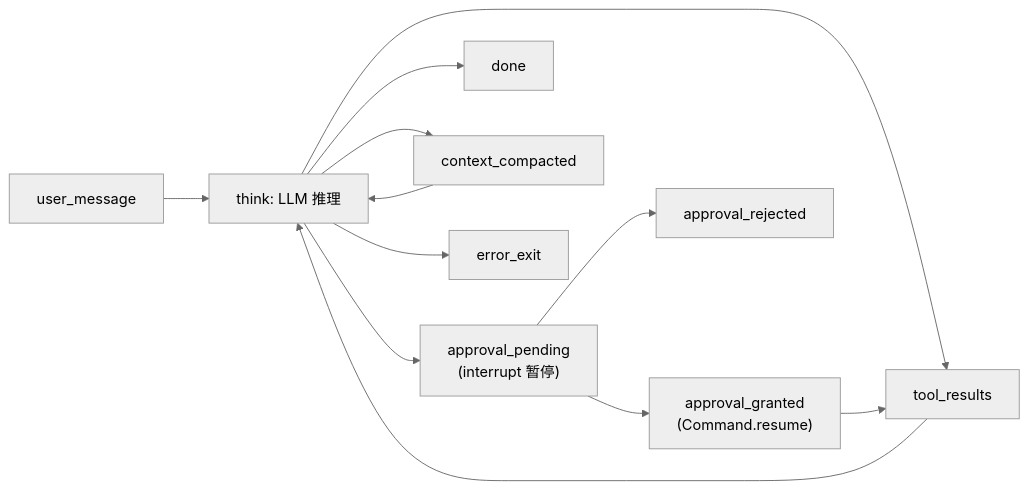
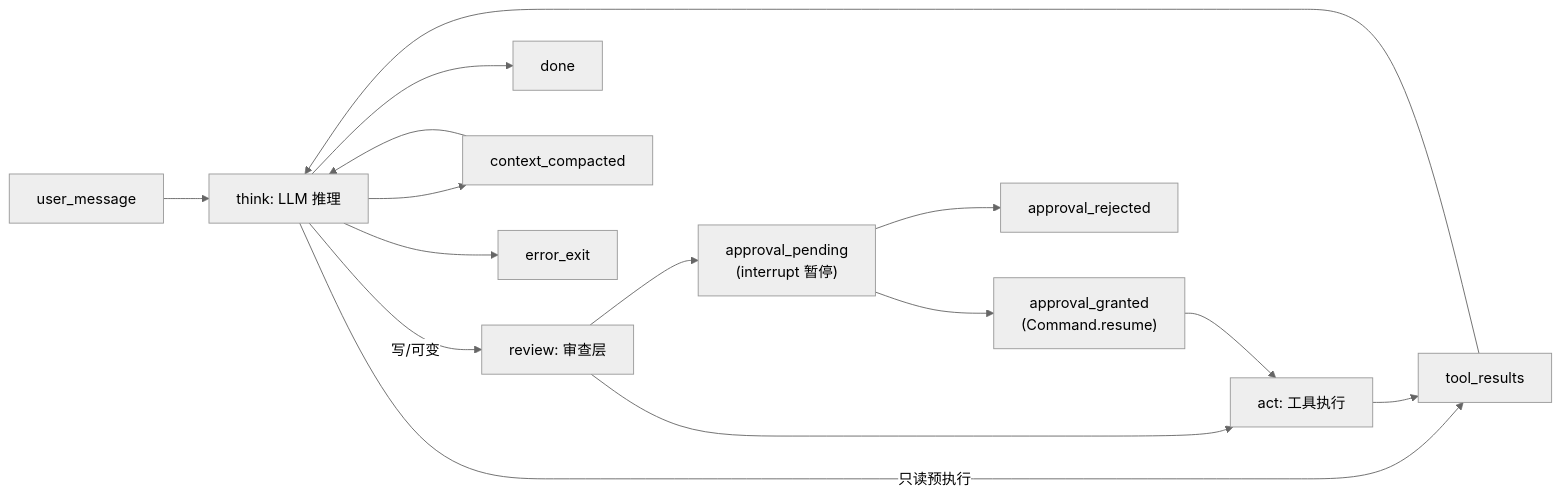
The fifth of 10 diagrams in web-server/graph.md (nazzeDe/alascup-agent), drawn with Mermaid (neutral theme) before and after one commit. The commit also changed other lines of this file and 2 other files, not shown here.

First line of the commit message:
docs: align review flow, SSE fields, graph topology with implementation

````diff
--- a/web-server/graph.md
+++ b/web-server/graph.md
@@ -296,14 +304,17 @@
 ```mermaid
 graph LR
     node_user["user_message"] --> node_think["think: LLM 推理"]
-    node_think --> node_tools["tool_results"]
-    node_think --> node_approval["approval_pending<br/>(interrupt 暂停)"]
+    node_think -- "只读预执行" --> node_tools["tool_results"]
+    node_think -- "写/可变" --> node_review["review: 审查层"]
+    node_review --> node_approval["approval_pending<br/>(interrupt 暂停)"]
+    node_review --> node_act["act: 工具执行"]
     node_approval --> node_granted["approval_granted<br/>(Command.resume)"]
     node_approval --> node_rejected["approval_rejected"]
+    node_granted --> node_act
+    node_act --> node_tools
     node_tools --> node_think
-    node_granted --> node_tools
     node_think --> node_done["done"]
     node_think --> context_compacted["context_compacted"]
     context_compacted --> node_think
     node_think --> error_exit["error_exit"]
 ```
````
